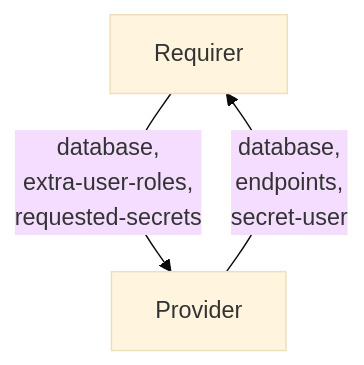
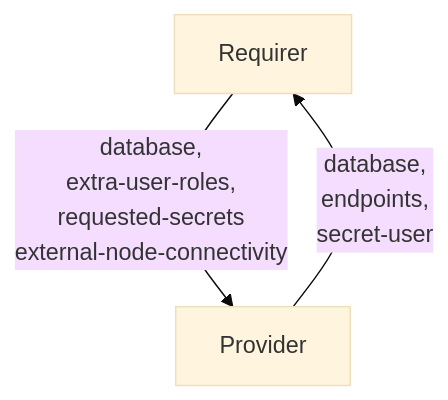
One commit to canonical/charm-relation-interfaces changed the diagram in interfaces/postgresql_client/v0/README.md. Above: the diagram before and after it, drawn with Mermaid (base theme). The commit also changed other lines of this file and 1 other file, not shown here.

Commit message:
Add external-node-connectivity field to postgresql_client

````diff
--- a/interfaces/postgresql_client/v0/README.md
+++ b/interfaces/postgresql_client/v0/README.md
@@ -12,5 +14,5 @@
 ```mermaid
 flowchart TD
-    Requirer -- database, \nextra-user-roles, \nrequested-secrets --> Provider
+    Requirer -- database, \nextra-user-roles, \nrequested-secrets\nexternal-node-connectivity --> Provider
     Provider -- database, \nendpoints, \nsecret-user --> Requirer
 ```
````
